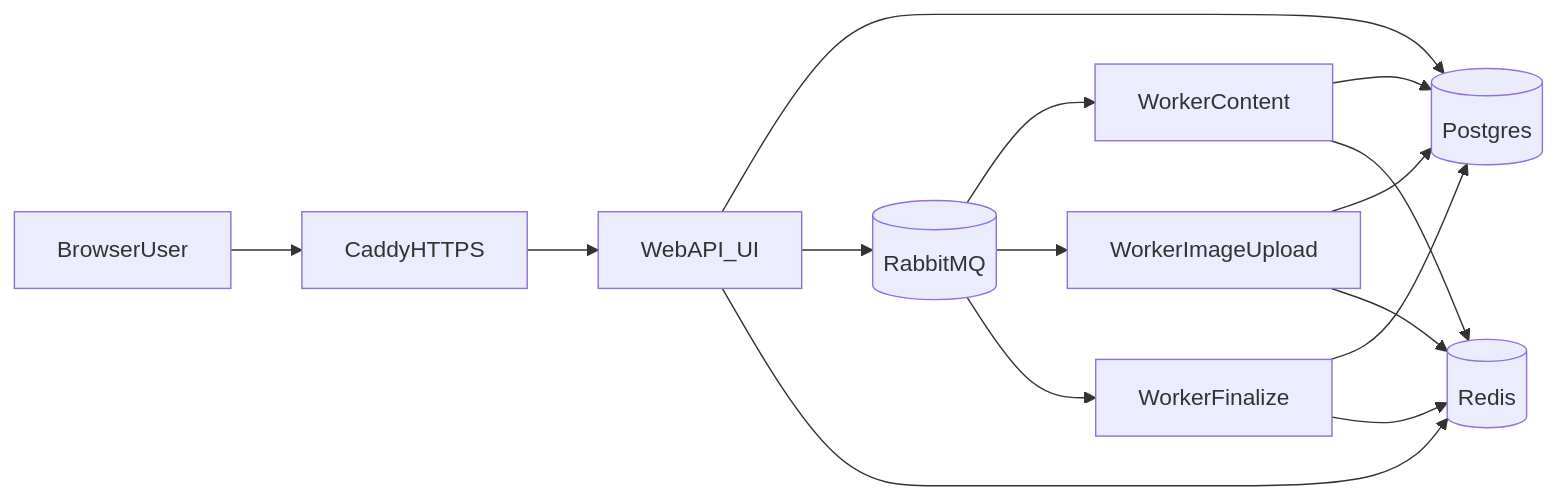
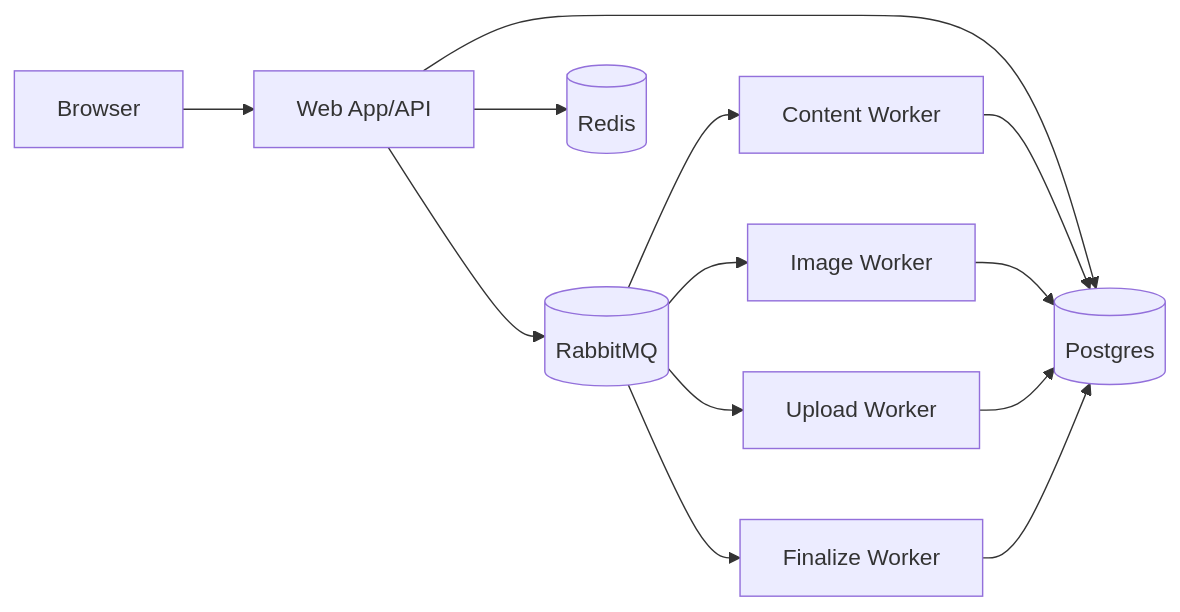
One commit to Rahul5977/AI-Presentation-TanStack-Start changed the diagram in ai-ppt/README.md. Above: the diagram before and after it, drawn with Mermaid. The commit also changed other lines of this file and 14 other files, not shown here.

````diff
--- a/ai-ppt/README.md
+++ b/ai-ppt/README.md
@@ -7,19 +75,17 @@
 ```mermaid
 flowchart LR
-  user[BrowserUser] --> caddy[CaddyHTTPS]
-  caddy --> web[WebAPI_UI]
+  user[Browser] --> web[Web App/API]
   web --> pg[(Postgres)]
   web --> rabbit[(RabbitMQ)]
   web --> redis[(Redis)]
 
-  rabbit --> wc[WorkerContent]
-  rabbit --> wi[WorkerImageUpload]
-  rabbit --> wf[WorkerFinalize]
+  rabbit --> content[Content Worker]
+  rabbit --> image[Image Worker]
+  rabbit --> upload[Upload Worker]
+  rabbit --> finalize[Finalize Worker]
 
-  wc --> pg
-  wi --> pg
-  wf --> pg
-  wc --> redis
-  wi --> redis
-  wf --> redis
+  content --> pg
+  image --> pg
+  upload --> pg
+  finalize --> pg
 ```
````
